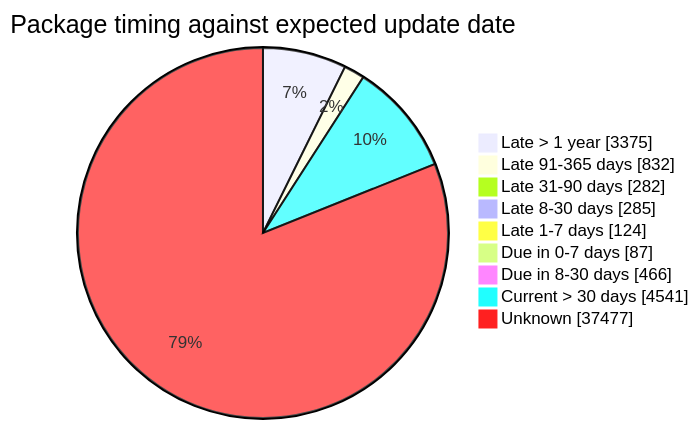
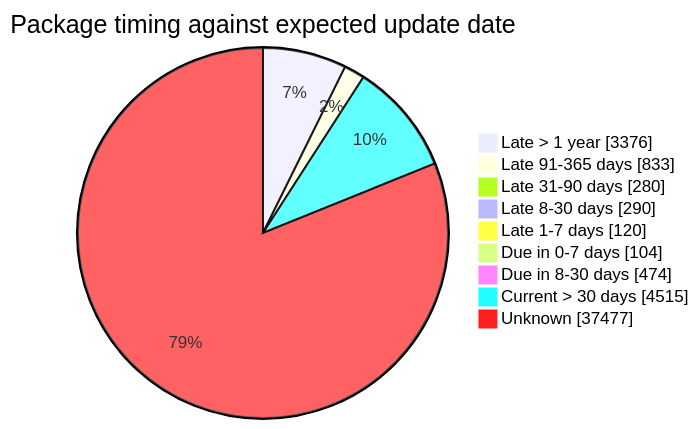
Before and after one commit to open-data/analytics-corporate-reporting: the fourth of 5 diagrams in FreshCheck/README.md, drawn with Mermaid. The commit also changed other lines of this file and 3 other files, not shown here.

````diff
--- a/FreshCheck/README.md
+++ b/FreshCheck/README.md
@@ -87,12 +87,12 @@
 ```mermaid
 pie showData title Package timing against expected update date
-    "Late > 1 year": 3375
-    "Late 91-365 days": 832
-    "Late 31-90 days": 282
-    "Late 8-30 days": 285
-    "Late 1-7 days": 124
-    "Due in 0-7 days": 87
-    "Due in 8-30 days": 466
-    "Current > 30 days": 4541
+    "Late > 1 year": 3376
+    "Late 91-365 days": 833
+    "Late 31-90 days": 280
+    "Late 8-30 days": 290
+    "Late 1-7 days": 120
+    "Due in 0-7 days": 104
+    "Due in 8-30 days": 474
+    "Current > 30 days": 4515
     "Unknown": 37477
 ```
````
